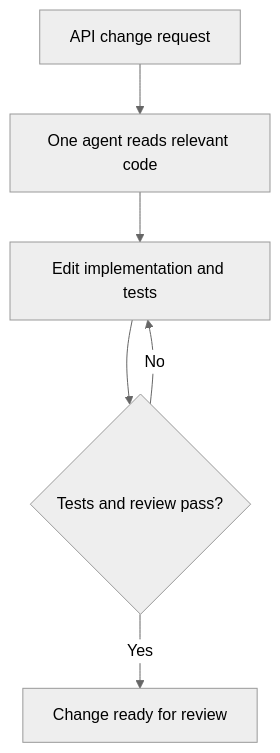
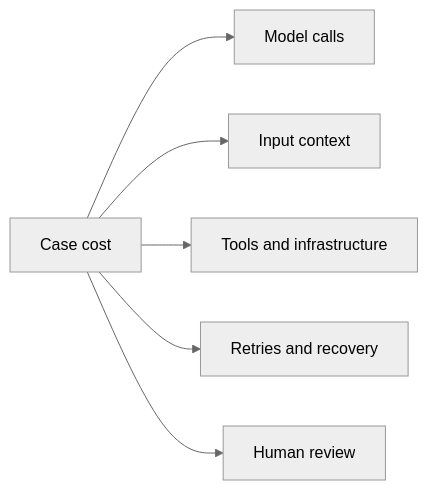
Before and after one commit to shivambats/portfolio: the fourth of 6 diagrams in posts/ai-agents-in-operations-first-principles.md, drawn with Mermaid (neutral theme). The commit also changed other lines of this file, not shown here.

````diff
--- a/posts/ai-agents-in-operations-first-principles.md
+++ b/posts/ai-agents-in-operations-first-principles.md
@@ -157,8 +121,8 @@
 ```mermaid
-flowchart TD
-    A["API change request"] --> B["One agent reads relevant code"]
-    B --> C["Edit implementation and tests"]
-    C --> D{"Tests and review pass?"}
-    D -->|No| C
-    D -->|Yes| E["Change ready for review"]
+flowchart LR
+    A["Case cost"] --> B["Model calls"]
+    A --> C["Input context"]
+    A --> D["Tools and infrastructure"]
+    A --> E["Retries and recovery"]
+    A --> F["Human review"]
 ```
````
